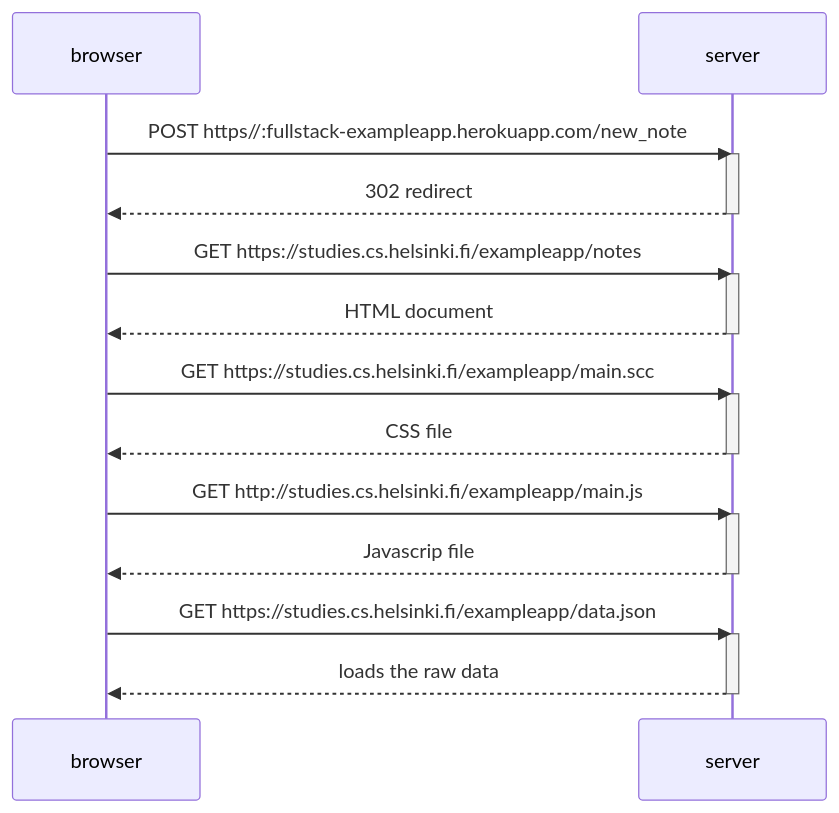
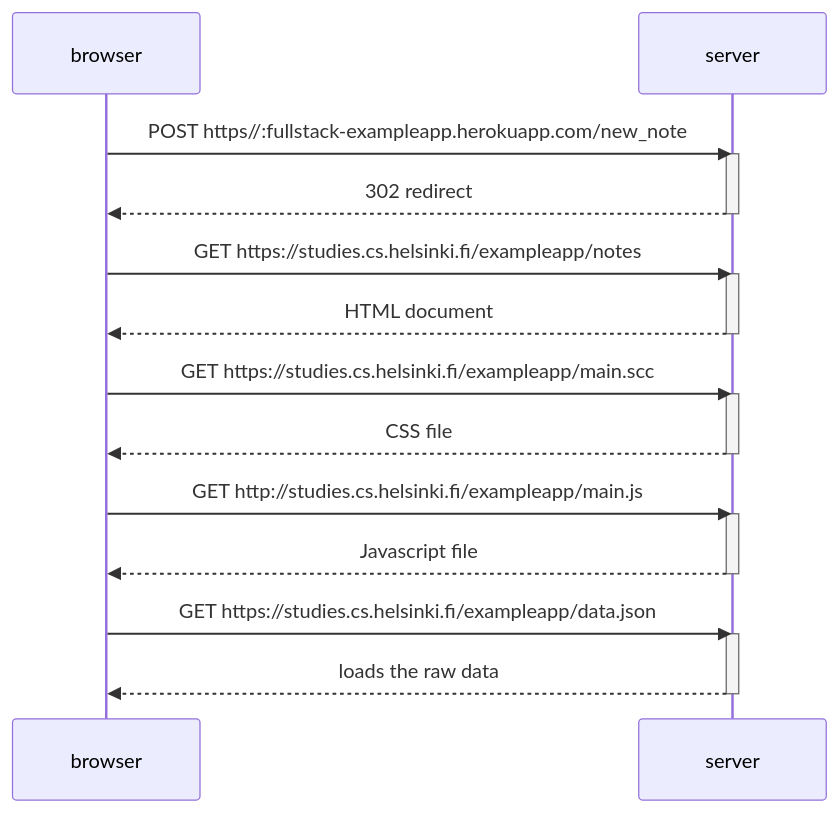
Before and after one commit to TorreEgger/fullstack: the diagram in osa0/04.md, drawn with Mermaid. The commit also changed 1 other file, not shown here.

Commit message:
fixed a typo

````diff
--- a/osa0/04.md
+++ b/osa0/04.md
@@ -1,32 +1,32 @@
 ```mermaid
 
 sequenceDiagram
     participant browser
     participant server
 
     browser->>server: POST https//:fullstack-exampleapp.herokuapp.com/new_note
     activate server
     server-->>browser: 302 redirect
     deactivate server
 
     browser->>server: GET https://studies.cs.helsinki.fi/exampleapp/notes
     activate server
     server-->>browser: HTML document
     deactivate server
 
     browser->>server: GET https://studies.cs.helsinki.fi/exampleapp/main.scc
     activate server
     server-->>browser: CSS file
     deactivate server
 
     browser->>server: GET http://studies.cs.helsinki.fi/exampleapp/main.js
     activate server
-    server-->>browser: Javascrip file
+    server-->>browser: Javascript file
     deactivate server
 
     browser->>server: GET https://studies.cs.helsinki.fi/exampleapp/data.json
     activate server
     server-->>browser: loads the raw data
     deactivate server
 
 ```
````
